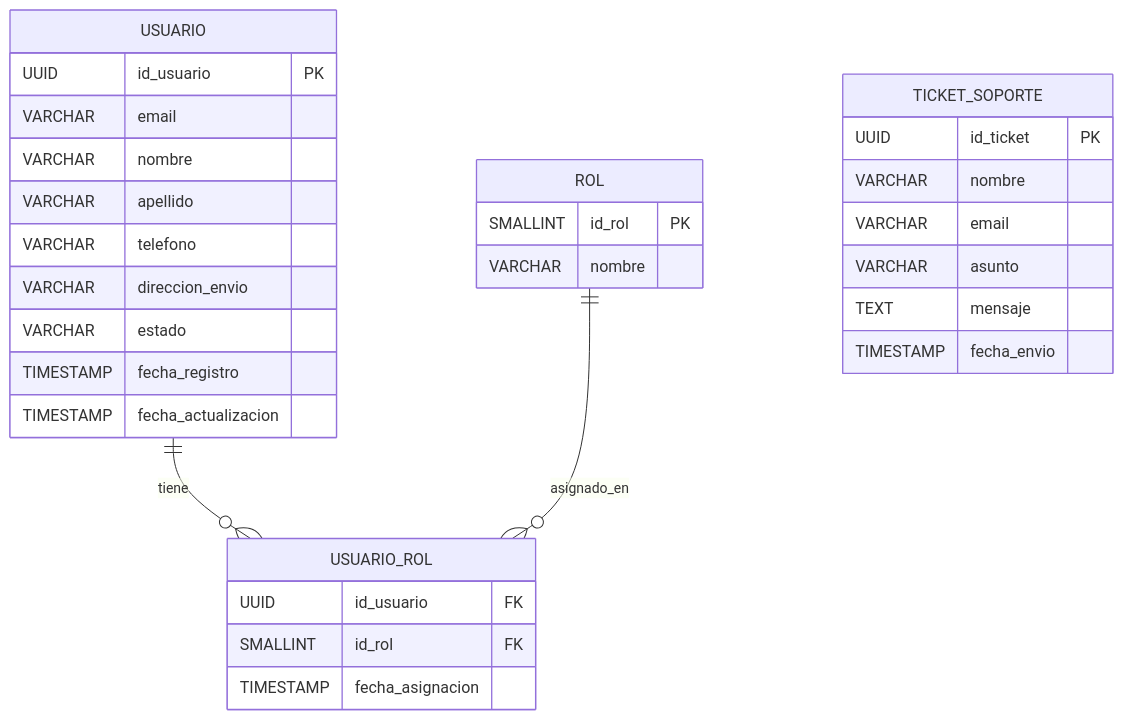
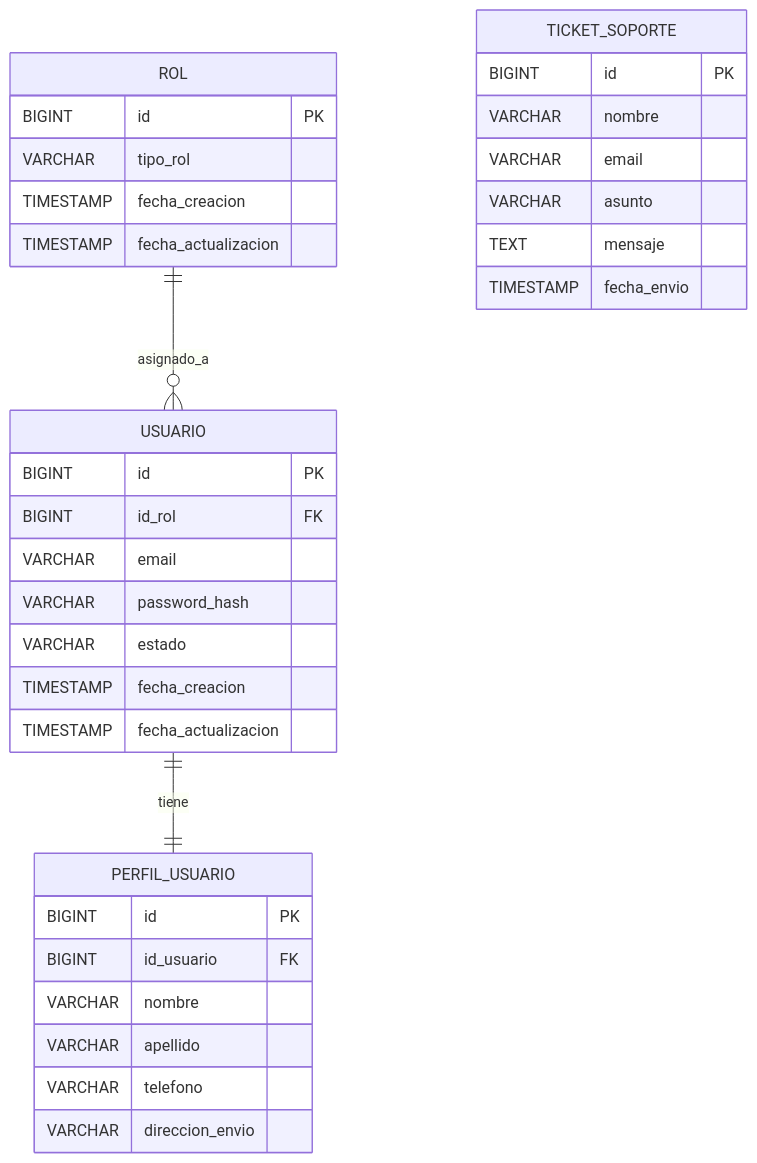
One commit to LaVitrinaColeccionistas/app-lavitrinacoleccionistas-common changed the first of 4 diagrams in README.md. Above: the diagram before and after it, drawn with Mermaid. The commit also changed other lines of this file and 22 other files, not shown here.

Commit message:
Agrega perfil de usuario, intercambios, ordenes y soporte al modelo de datos

````diff
--- a/README.md
+++ b/README.md
@@ -8,33 +13,40 @@
-```mermaid
+``` mermaid
 erDiagram
+    ROL {
+        BIGINT id PK
+        VARCHAR tipo_rol
+        TIMESTAMP fecha_creacion
+        TIMESTAMP fecha_actualizacion
+    }
+
     USUARIO {
-        UUID id_usuario PK
+        BIGINT id PK
+        BIGINT id_rol FK
         VARCHAR email
+        VARCHAR password_hash
+        VARCHAR estado
+        TIMESTAMP fecha_creacion
+        TIMESTAMP fecha_actualizacion
+    }
+
+    PERFIL_USUARIO {
+        BIGINT id PK
+        BIGINT id_usuario FK
         VARCHAR nombre
         VARCHAR apellido
         VARCHAR telefono
         VARCHAR direccion_envio
-        VARCHAR estado
-        TIMESTAMP fecha_registro
-        TIMESTAMP fecha_actualizacion
     }
-    ROL {
-        SMALLINT id_rol PK
-        VARCHAR nombre
-    }
-    USUARIO_ROL {
-        UUID id_usuario FK
-        SMALLINT id_rol FK
-        TIMESTAMP fecha_asignacion
-    }
+
     TICKET_SOPORTE {
-        UUID id_ticket PK
+        BIGINT id PK
         VARCHAR nombre
         VARCHAR email
         VARCHAR asunto
         TEXT mensaje
         TIMESTAMP fecha_envio
     }
-    USUARIO ||--o{ USUARIO_ROL : tiene
-    ROL ||--o{ USUARIO_ROL : asignado_en
+
+    ROL ||--o{ USUARIO : asignado_a
+    USUARIO ||--|| PERFIL_USUARIO : tiene
 ```
````
